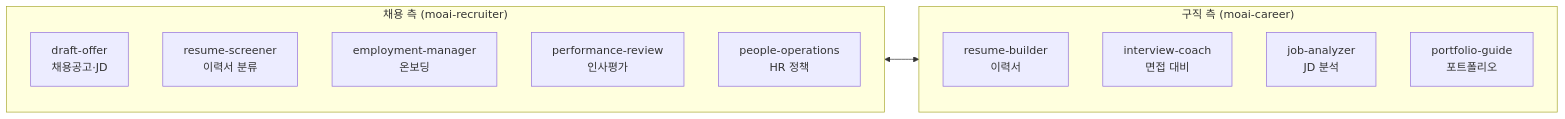
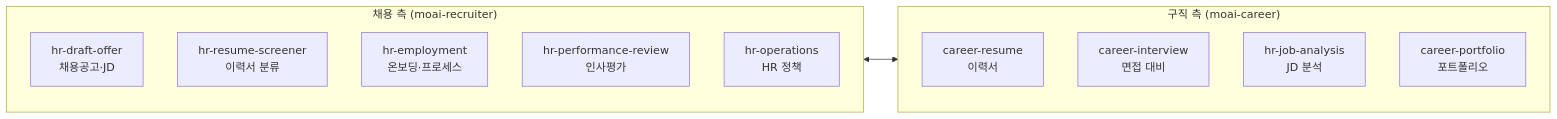
The diagram in www/content/cookbook/tracks/track-hr.md (modu-ai/cowork-plugins), drawn with Mermaid before and after one commit. The commit also changed other lines of this file and 45 other files, not shown here.

First line of the commit message:
docs(www): 스킬명 정합 + 깨진 링크 수정 + mermaid 보강

````diff
--- a/www/content/cookbook/tracks/track-hr.md
+++ b/www/content/cookbook/tracks/track-hr.md
@@ -16,17 +16,17 @@
 ```mermaid
 flowchart LR
    subgraph HR["채용 측 (moai-recruiter)"]
-       H1["draft-offer<br/>채용공고·JD"]
-       H2["resume-screener<br/>이력서 분류"]
-       H3["employment-manager<br/>온보딩"]
-       H4["performance-review<br/>인사평가"]
-       H5["people-operations<br/>HR 정책"]
+       H1["hr-draft-offer<br/>채용공고·JD"]
+       H2["hr-resume-screener<br/>이력서 분류"]
+       H3["hr-employment<br/>온보딩·프로세스"]
+       H4["hr-performance-review<br/>인사평가"]
+       H5["hr-operations<br/>HR 정책"]
    end
    subgraph Career["구직 측 (moai-career)"]
-       C1["resume-builder<br/>이력서"]
-       C2["interview-coach<br/>면접 대비"]
-       C3["job-analyzer<br/>JD 분석"]
-       C4["portfolio-guide<br/>포트폴리오"]
+       C1["career-resume<br/>이력서"]
+       C2["career-interview<br/>면접 대비"]
+       C3["hr-job-analysis<br/>JD 분석"]
+       C4["career-portfolio<br/>포트폴리오"]
    end
    HR <--> Career
 ```
````
